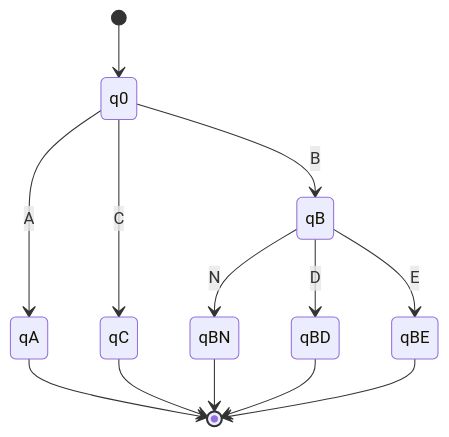
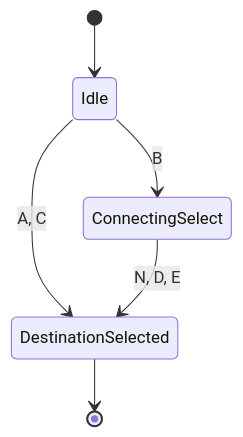
Before and after one commit to ziaur390/finite_state_machine: the first of 3 diagrams in README.md, drawn with Mermaid. The commit also changed other lines of this file, not shown here.

````diff
--- a/README.md
+++ b/README.md
@@ -43,17 +11,11 @@
 ```mermaid
 stateDiagram-v2
-    [*] --> q0
-    q0 --> qA: A
-    q0 --> qC: C
-    q0 --> qB: B
-
-    qB --> qBN: N
-    qB --> qBD: D
-    qB --> qBE: E
-
-    qA --> [*]
-    qC --> [*]
-    qBN --> [*]
-    qBD --> [*]
-    qBE --> [*]
+    [*] --> Idle
+    
+    Idle --> DestinationSelected : A, C
+    Idle --> ConnectingSelect : B
+    
+    ConnectingSelect --> DestinationSelected : N, D, E
+    
+    DestinationSelected --> [*]
 ```
````
